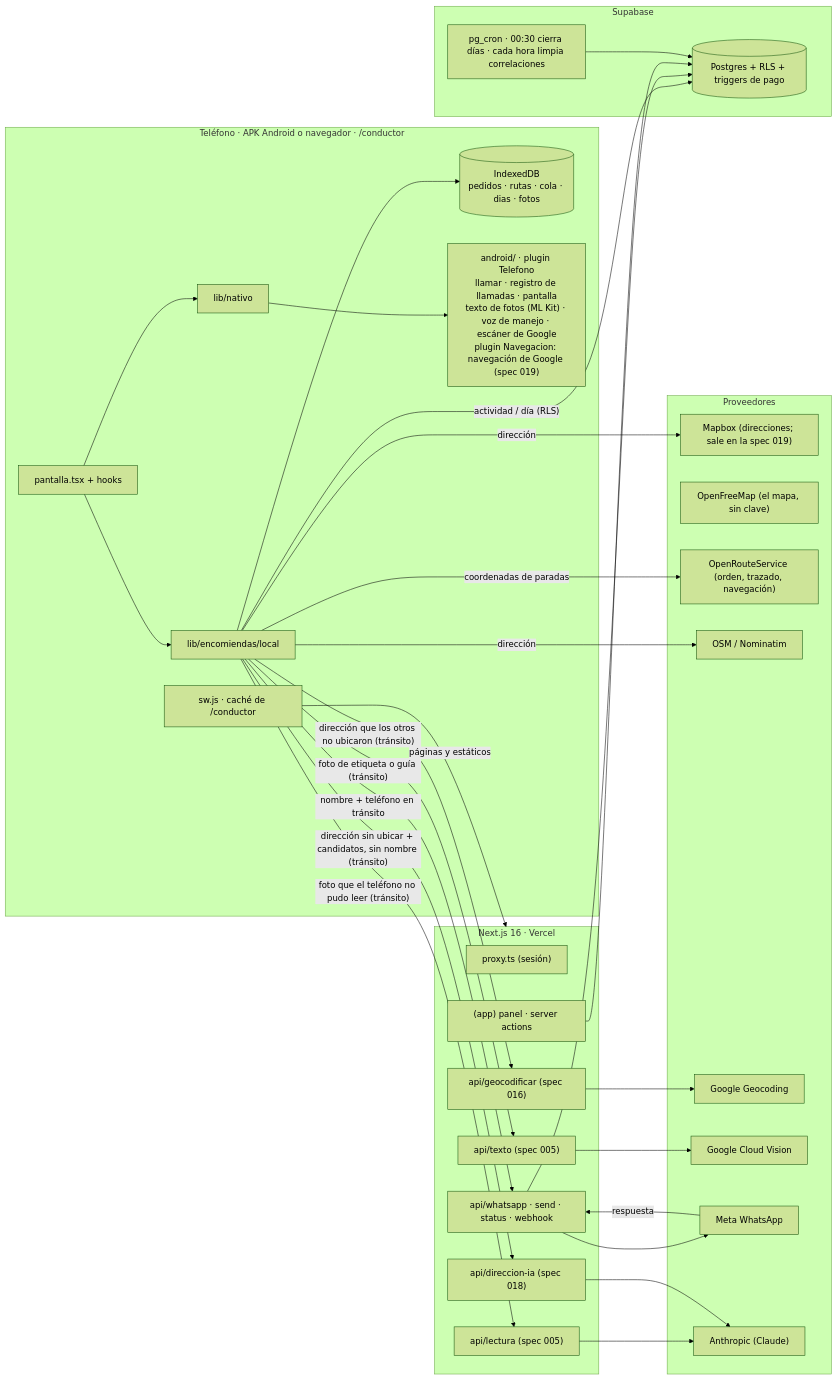
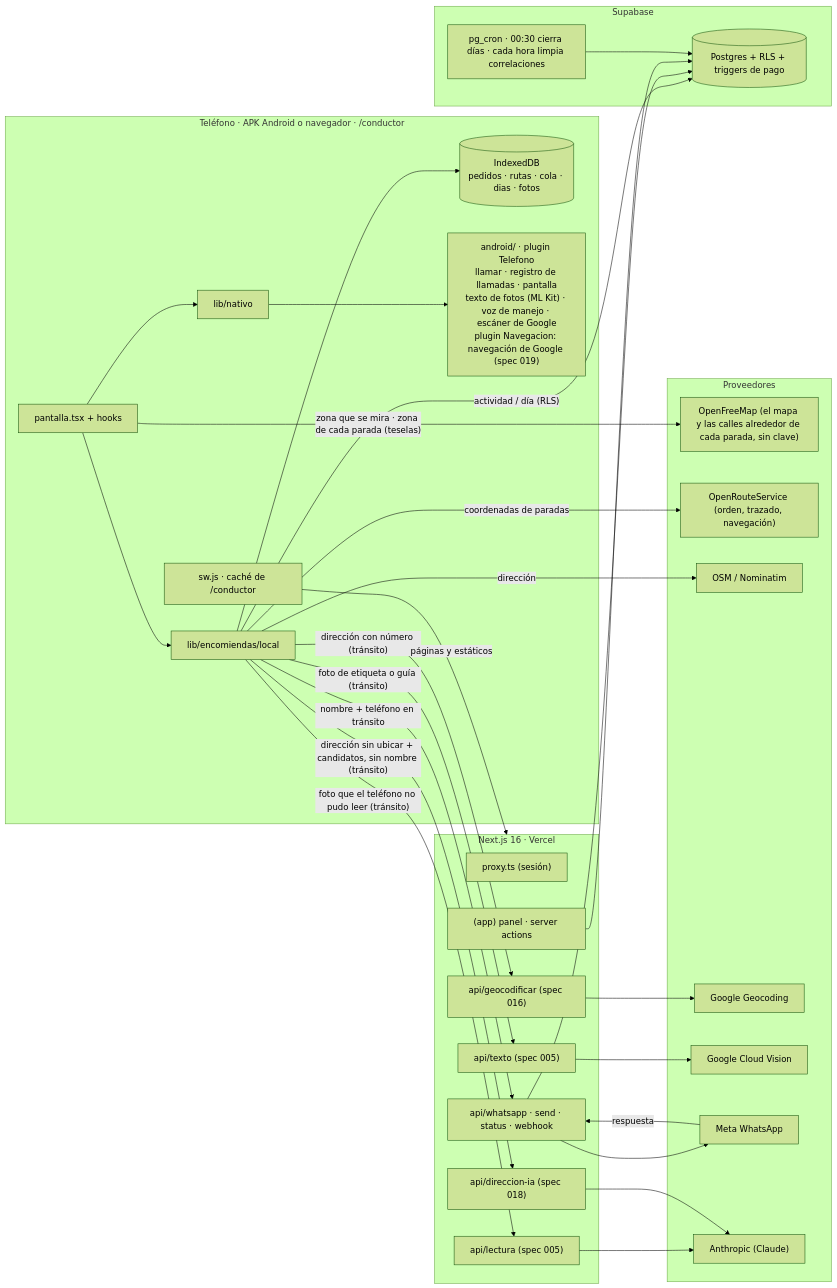
The first of 4 diagrams in docs/ARQUITECTURA.md (etianypr/ProyectoAres), drawn with Mermaid (forest theme) before and after one commit. The commit also changed other lines of this file and 72 other files, not shown here.

First line of the commit message:
Spec 019: Mapbox fuera; Google da el número de casa y el mapa es Liberty

````diff
--- a/docs/ARQUITECTURA.md
+++ b/docs/ARQUITECTURA.md
@@ -8,44 +8,43 @@
 ```mermaid
 flowchart LR
   subgraph TEL["Teléfono · APK Android o navegador · /conductor"]
     UI["pantalla.tsx + hooks"] --> LOCAL["lib/encomiendas/local"] --> IDB[("IndexedDB<br/>pedidos · rutas · cola · dias · fotos")]
     UI --> NAT["lib/nativo"] --> PLUG["android/ · plugin Telefono<br/>llamar · registro de llamadas · pantalla<br/>texto de fotos (ML Kit) · voz de manejo · escáner de Google<br/>plugin Navegacion: navegación de Google (spec 019)"]
     SW["sw.js · caché de /conductor"]
   end
   subgraph EXT["Proveedores"]
-    MAPBOX["Mapbox (direcciones; sale en la spec 019)"]
-    OFM["OpenFreeMap (el mapa, sin clave)"]
+    OFM["OpenFreeMap (el mapa y las calles alrededor de cada parada, sin clave)"]
     ORS["OpenRouteService (orden, trazado, navegación)"]
     OSM["OSM / Nominatim"]
     GOOGLE["Google Geocoding"]
     VISION["Google Cloud Vision"]
     META["Meta WhatsApp"]
     CLAUDE["Anthropic (Claude)"]
   end
   subgraph NEXT["Next.js 16 · Vercel"]
     PROXY["proxy.ts (sesión)"]
     PANEL["(app) panel · server actions"]
     API["api/whatsapp · send · status · webhook"]
     LECT["api/lectura (spec 005)"]
     GEO["api/geocodificar (spec 016)"]
     TXT["api/texto (spec 005)"]
     DIA["api/direccion-ia (spec 018)"]
   end
   subgraph SB["Supabase"]
     PG[("Postgres + RLS + triggers de pago")]
     CRON["pg_cron · 00:30 cierra días · cada hora limpia correlaciones"]
   end
-  LOCAL -- "dirección" --> MAPBOX
+  UI -- "zona que se mira · zona de cada parada (teselas)" --> OFM
   LOCAL -- "coordenadas de paradas" --> ORS
   LOCAL -- "dirección" --> OSM
-  LOCAL -- "dirección que los otros no ubicaron (tránsito)" --> GEO --> GOOGLE
+  LOCAL -- "dirección con número (tránsito)" --> GEO --> GOOGLE
   LOCAL -- "foto de etiqueta o guía (tránsito)" --> TXT --> VISION
   LOCAL -- "actividad / día (RLS)" --> PG
   LOCAL -- "nombre + teléfono en tránsito" --> API --> META
   META -- "respuesta" --> API --> PG
   LOCAL -- "foto que el teléfono no pudo leer (tránsito)" --> LECT --> CLAUDE
   LOCAL -- "dirección sin ubicar + candidatos, sin nombre (tránsito)" --> DIA --> CLAUDE
   PANEL --> PG
   CRON --> PG
   SW -- "páginas y estáticos" --> NEXT
 ```
````
